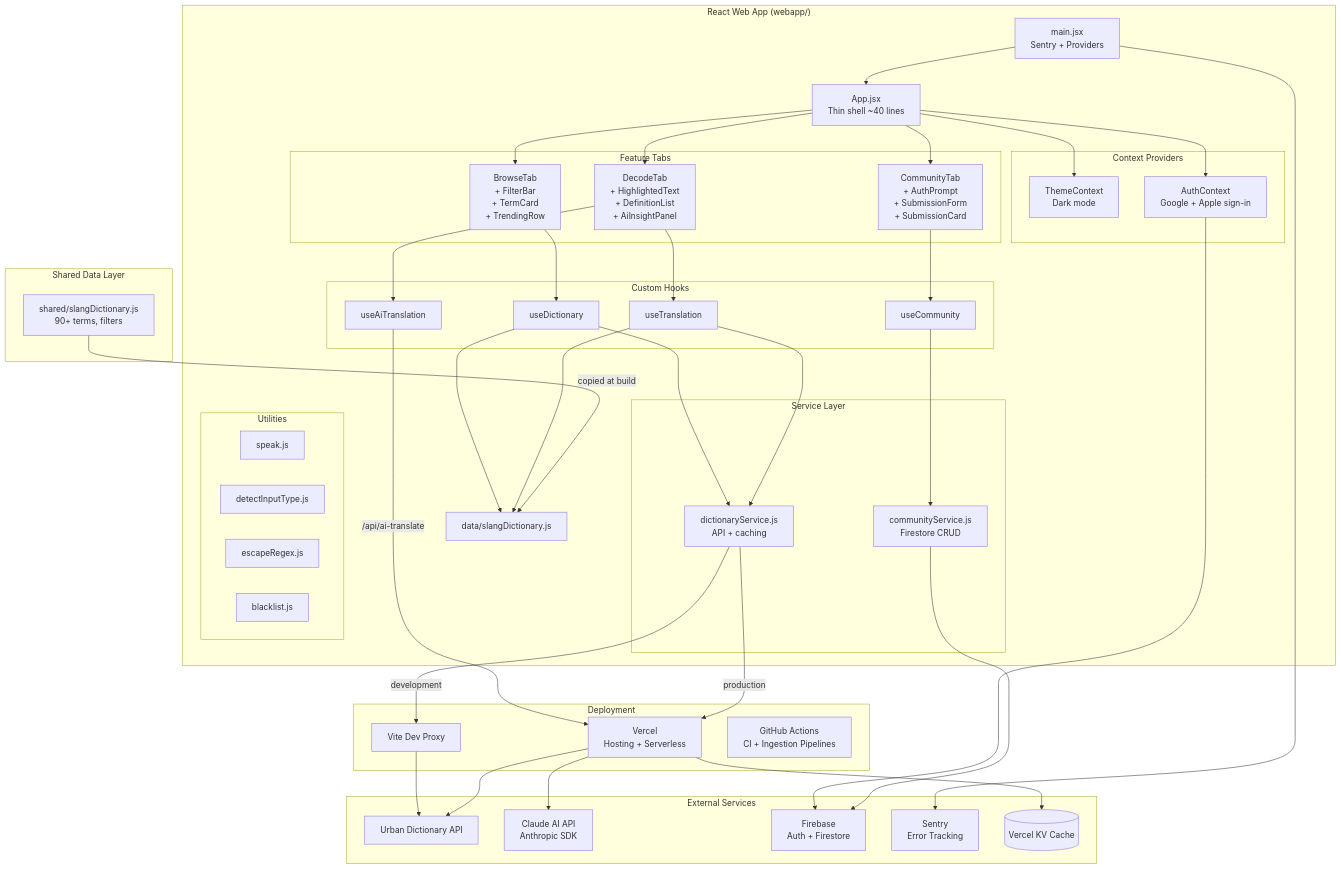
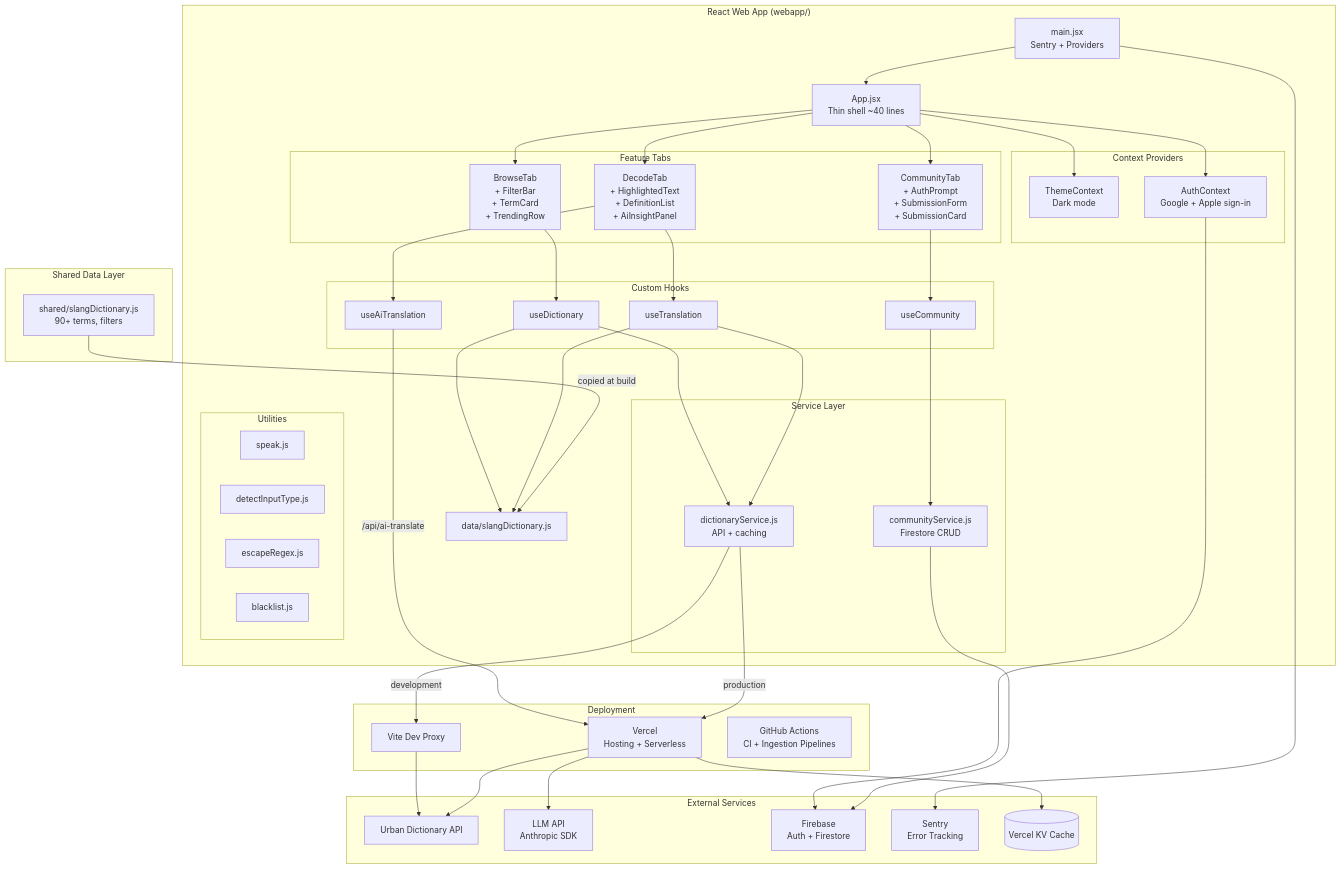
One commit to Technical-1/All-About-Me changed the diagram in public/data/portfolio/Kid-Talk-Translator/architecture.md. Above: the diagram before and after it, drawn with Mermaid. The commit also changed other lines of this file and 80 other files, not shown here.

```diff
--- a/public/data/portfolio/Kid-Talk-Translator/architecture.md
+++ b/public/data/portfolio/Kid-Talk-Translator/architecture.md
@@ -46,7 +46,7 @@
 
     subgraph ExternalAPIs["External Services"]
         UD[Urban Dictionary API]
-        Claude[Claude AI API<br/>Anthropic SDK]
+        Claude[LLM API<br/>Anthropic SDK]
         Firebase[Firebase<br/>Auth + Firestore]
         SentryAPI[Sentry<br/>Error Tracking]
         KV[(Vercel KV Cache)]
```
